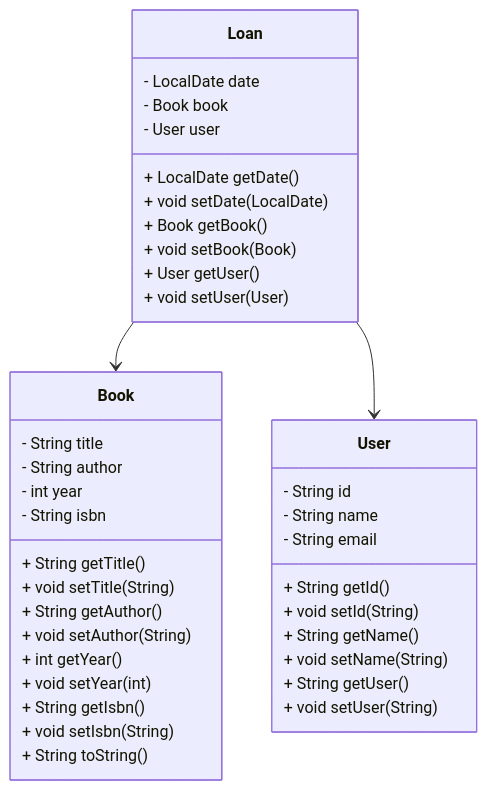
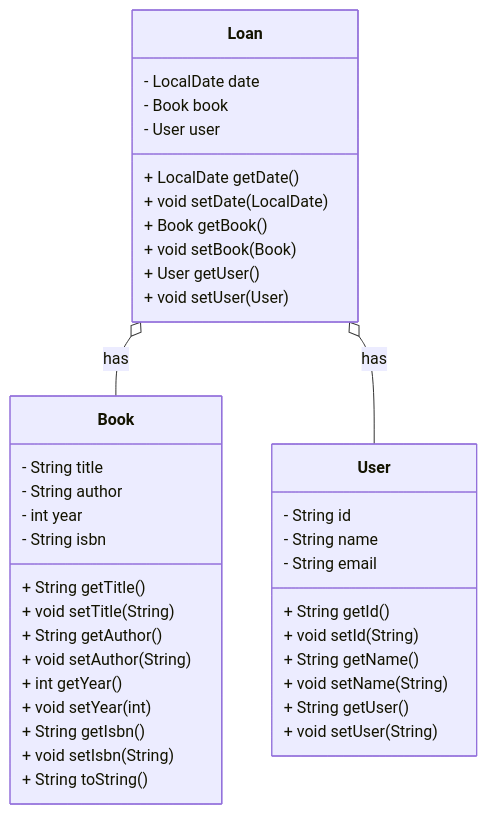
One commit to carlos-paezf/Object_Oriented_Programming changed the fourth of 5 diagrams in docs/block-01_oop-fundamentals/03_POJO_UML_basic.md. Above: the diagram before and after it, drawn with Mermaid. The commit also changed other lines of this file and 4 other files, not shown here.

Commit message:
docs: Fix mermaid diagrams

````diff
--- a/docs/block-01_oop-fundamentals/03_POJO_UML_basic.md
+++ b/docs/block-01_oop-fundamentals/03_POJO_UML_basic.md
@@ -252,45 +253,45 @@
 ```mermaid
 classDiagram
     class Book {
         - String title
         - String author
         - int year
         - String isbn
         + String getTitle()
         + void setTitle(String)
         + String getAuthor()
         + void setAuthor(String)
         + int getYear()
         + void setYear(int)
         + String getIsbn()
         + void setIsbn(String)
         + String toString()
     }
 
     class Loan {
         - LocalDate date
         - Book book
         - User user
         + LocalDate getDate()
         + void setDate(LocalDate)
         + Book getBook()
         + void setBook(Book)
         + User getUser()
         + void setUser(User)
     }
 
     class User {
         - String id
         - String name
         - String email
         + String getId()
         + void setId(String)
         + String getName()
         + void setName(String)
         + String getUser()
         + void setUser(String)
     }
 
-    Loan --> Book
-    Loan --> User
+    Loan o-- Book : has
+    Loan o-- User : has
 ```
````
